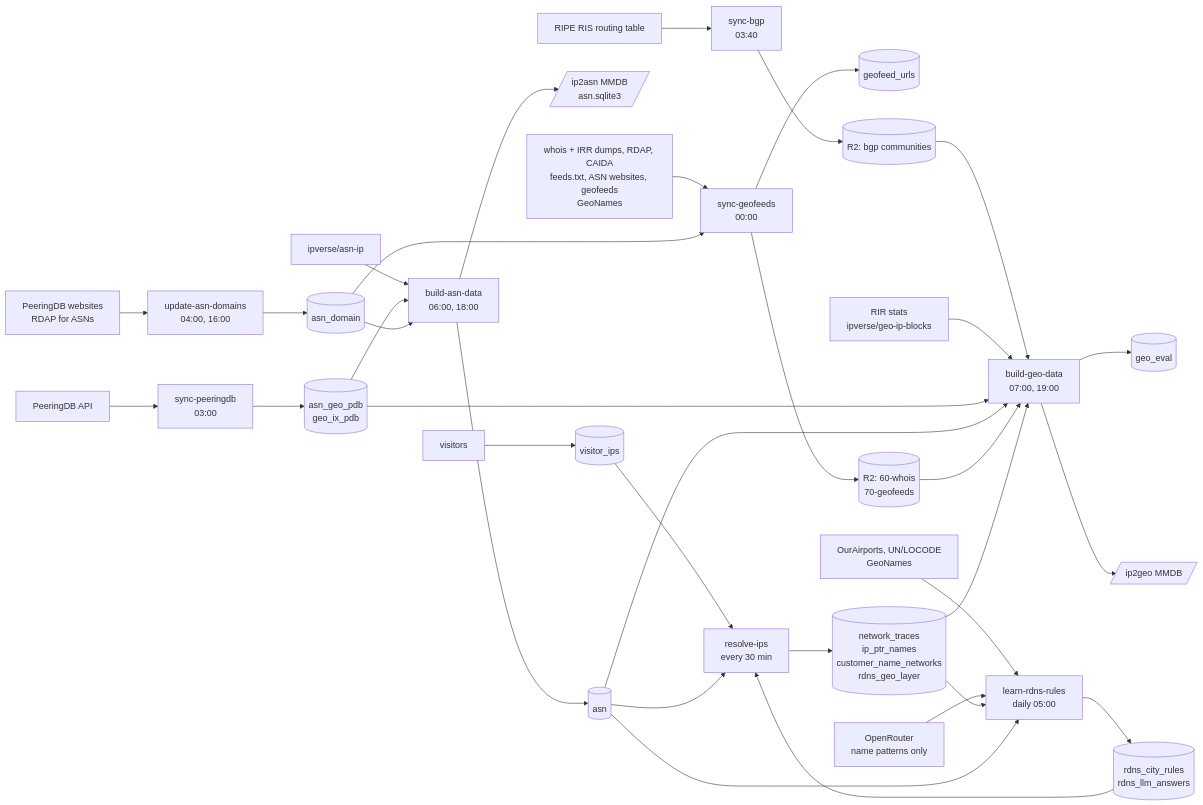
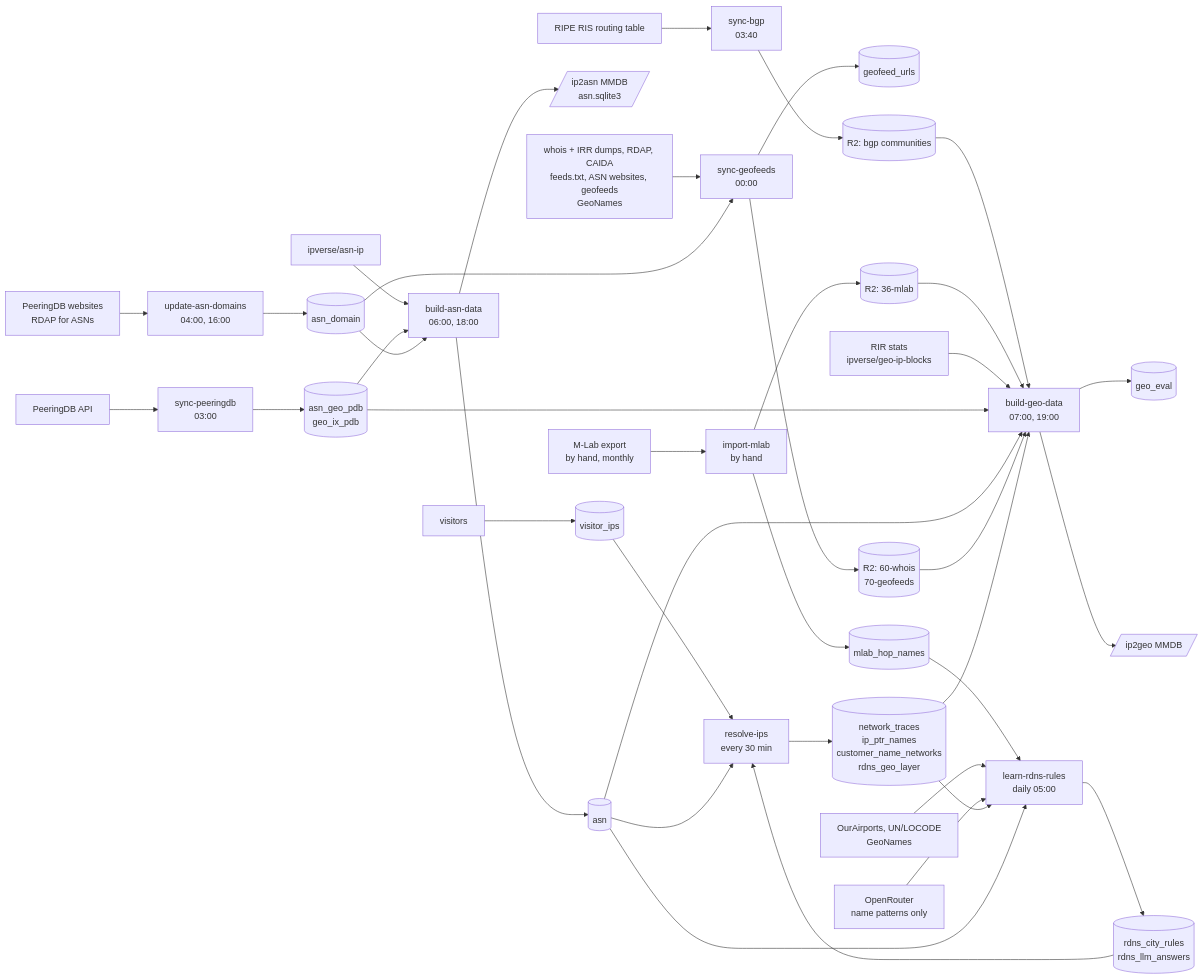
The diagram in docs/pipeline.md (shingrus/openipdata.org), drawn with Mermaid before and after one commit. The commit also changed other lines of this file and 32 other files, not shown here.

Commit message:
mlab: import-mlab workflow and layer 36-mlab, cities from M-Lab traceroute hops

````diff
--- a/docs/pipeline.md
+++ b/docs/pipeline.md
@@ -9,36 +9,41 @@
 ```mermaid
 flowchart LR
   pdbapi[PeeringDB API] --> pdb[sync-peeringdb<br/>03:00]
   pdb --> t_pdb[(asn_geo_pdb<br/>geo_ix_pdb)]
   rdapasn[PeeringDB websites<br/>RDAP for ASNs] --> dom[update-asn-domains<br/>04:00, 16:00]
   dom --> t_dom[(asn_domain)]
   asnip[ipverse/asn-ip] --> asn[build-asn-data<br/>06:00, 18:00]
   t_pdb --> asn
   t_dom --> asn
   asn --> t_asn[(asn)]
   asn --> pub_asn[/ip2asn MMDB<br/>asn.sqlite3/]
   whois[whois + IRR dumps, RDAP, CAIDA<br/>feeds.txt, ASN websites, geofeeds<br/>GeoNames] --> gf[sync-geofeeds<br/>00:00]
   t_dom --> gf
   gf --> t_gf[(geofeed_urls)]
   gf --> r2[(R2: 60-whois<br/>70-geofeeds)]
   ris[RIPE RIS routing table] --> bgp[sync-bgp<br/>03:40]
   bgp --> r2bgp[(R2: bgp communities)]
   r2bgp --> geo
+  mlabcsv[M-Lab export<br/>by hand, monthly] --> ml[import-mlab<br/>by hand]
+  ml --> t_ml[(mlab_hop_names)]
+  ml --> r2ml[(R2: 36-mlab)]
+  r2ml --> geo
+  t_ml --> learn
   rir[RIR stats<br/>ipverse/geo-ip-blocks] --> geo[build-geo-data<br/>07:00, 19:00]
   t_pdb --> geo
   t_asn --> geo
   r2 --> geo
   geo --> t_eval[(geo_eval)]
   geo --> pub_geo[/ip2geo MMDB/]
   visitors[visitors] --> t_vis[(visitor_ips)]
   t_vis --> rd[resolve-ips<br/>every 30 min]
   t_asn --> rd
   rd --> t_rd[(network_traces<br/>ip_ptr_names<br/>customer_name_networks<br/>rdns_geo_layer)]
   t_rd --> geo
   places[OurAirports, UN/LOCODE<br/>GeoNames] --> learn[learn-rdns-rules<br/>daily 05:00]
   llm[OpenRouter<br/>name patterns only] --> learn
   t_rd --> learn
   t_asn --> learn
   learn --> t_rules[(rdns_city_rules<br/>rdns_llm_answers)]
   t_rules --> rd
 ```
````
